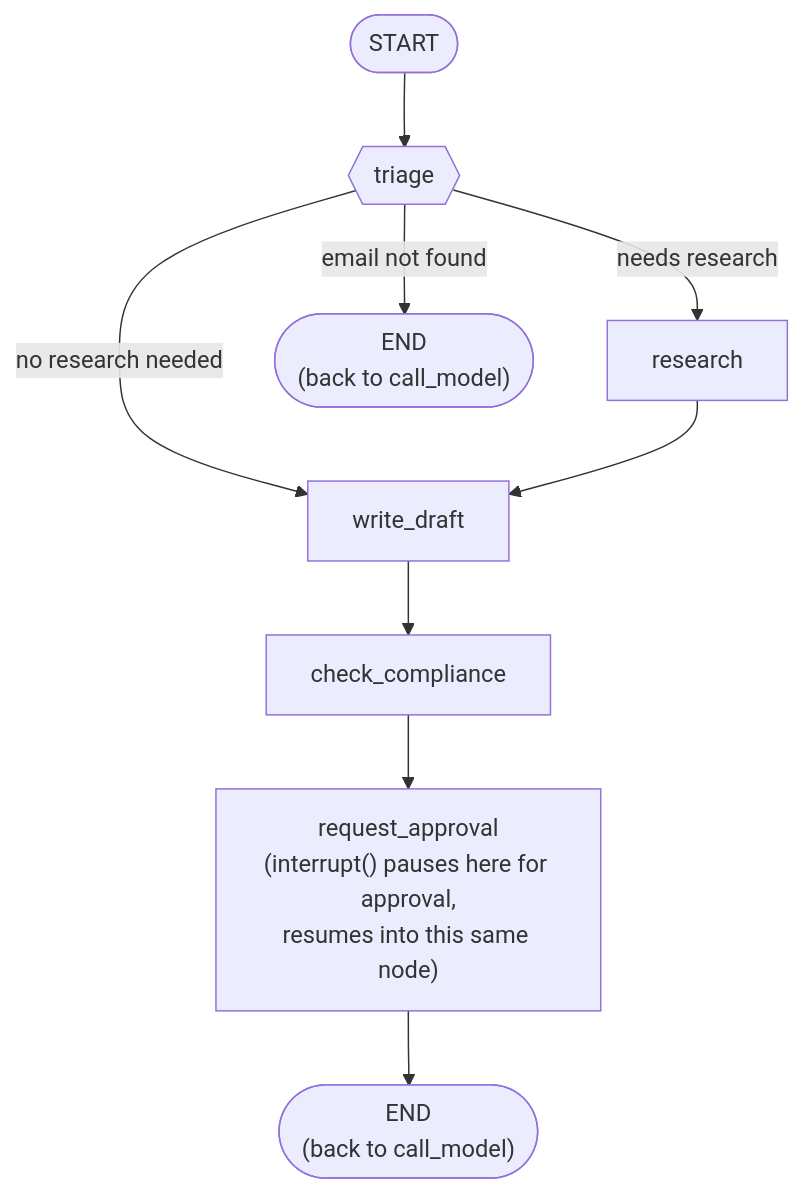
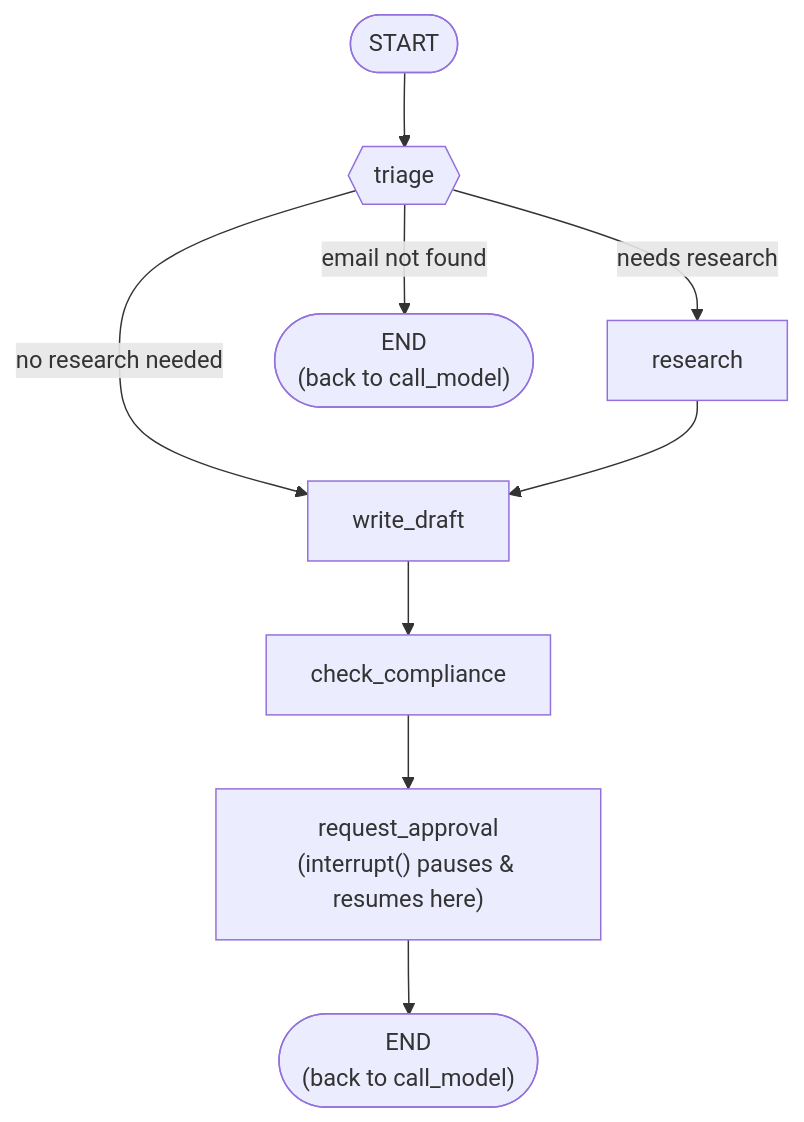
One commit to myle-agilityio/langchain-training changed the diagram in practice-new-version/docs/architecture/compose-email-subgraph.md. Above: the diagram before and after it, drawn with Mermaid.

Commit message:
fix: simplify request_approval node description

````diff
--- a/practice-new-version/docs/architecture/compose-email-subgraph.md
+++ b/practice-new-version/docs/architecture/compose-email-subgraph.md
@@ -3,14 +3,14 @@
 ```mermaid
 graph TD
     START(["START"]) --> triage
 
     triage{{"triage"}}
     triage -- "needs research" --> research
     triage -- "no research needed" --> write_draft
     triage -- "email not found" --> END_missing(["END\n(back to call_model)"])
 
     research["research"] --> write_draft
     write_draft["write_draft"] --> check_compliance
     check_compliance["check_compliance"] --> request_approval
-    request_approval["request_approval\n(interrupt() pauses here for approval,\nresumes into this same node)"] --> END_interrupt(["END\n(back to call_model)"])
+    request_approval["request_approval\n(interrupt() pauses & resumes here)"] --> END_interrupt(["END\n(back to call_model)"])
 ```
````
